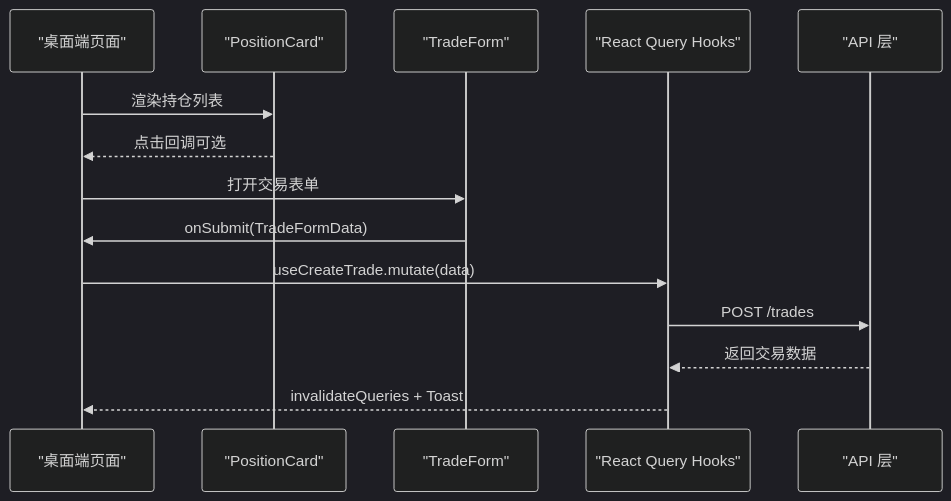
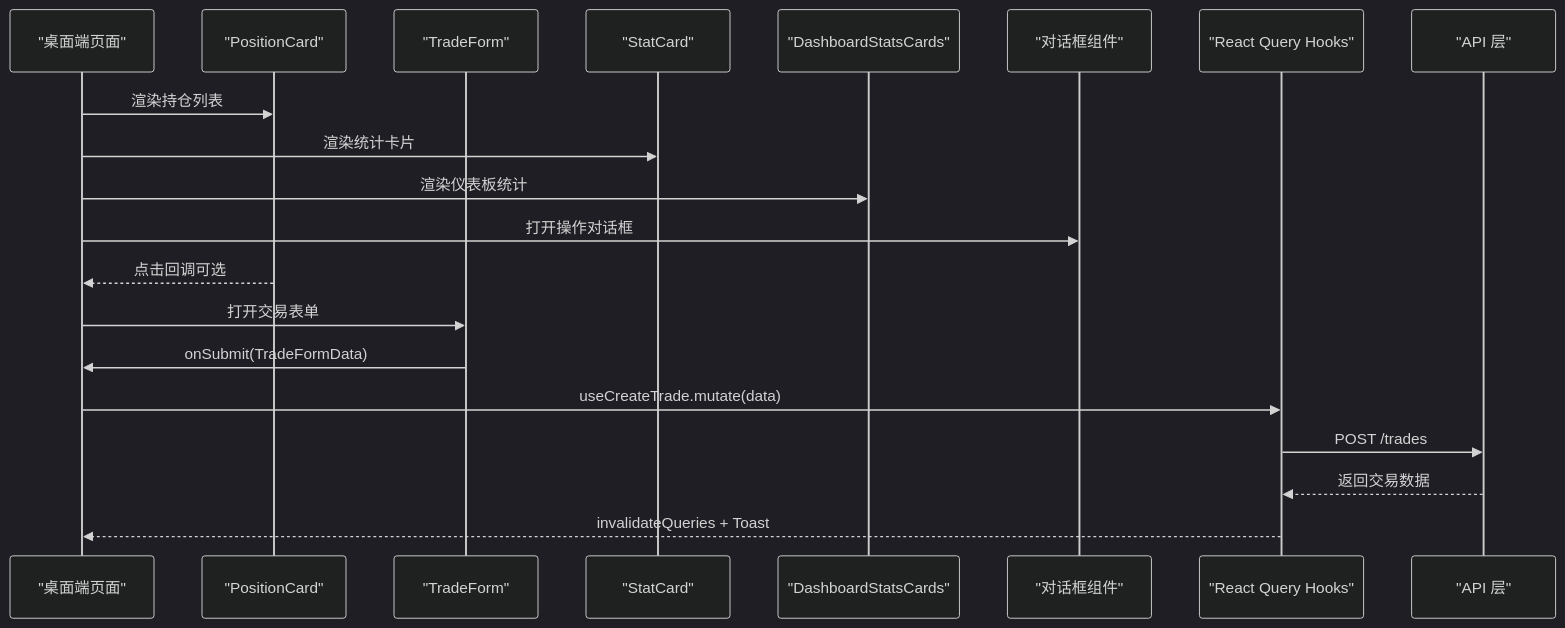
One commit to gujialind/InvestRing changed diagram 11 of 11 in .qoder/repowiki/zh/content/前端应用架构/组件系统架构/共享组件.md. Above: the diagram before and after it, drawn with Mermaid (dark theme). The commit also changed other lines of this file and 39 other files, not shown here.

````diff
--- a/.qoder/repowiki/zh/content/前端应用架构/组件系统架构/共享组件.md
+++ b/.qoder/repowiki/zh/content/前端应用架构/组件系统架构/共享组件.md
@@ -350,16 +493,22 @@
 ```mermaid
 sequenceDiagram
 participant Page as "桌面端页面"
 participant PC as "PositionCard"
 participant TF as "TradeForm"
+participant SC as "StatCard"
+participant DSC as "DashboardStatsCards"
+participant Dialog as "对话框组件"
 participant Hooks as "React Query Hooks"
 participant API as "API 层"
 Page->>PC : 渲染持仓列表
+Page->>SC : 渲染统计卡片
+Page->>DSC : 渲染仪表板统计
+Page->>Dialog : 打开操作对话框
 PC-->>Page : 点击回调可选
 Page->>TF : 打开交易表单
 TF->>Page : onSubmit(TradeFormData)
 Page->>Hooks : useCreateTrade.mutate(data)
 Hooks->>API : POST /trades
 API-->>Hooks : 返回交易数据
 Hooks-->>Page : invalidateQueries + Toast
 ```
````
